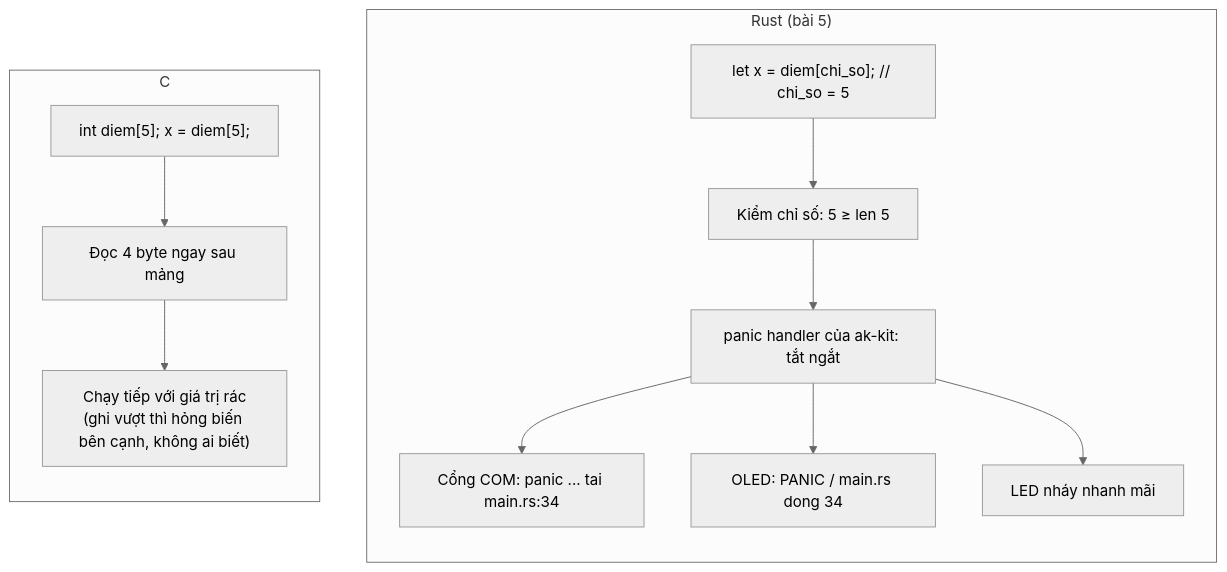
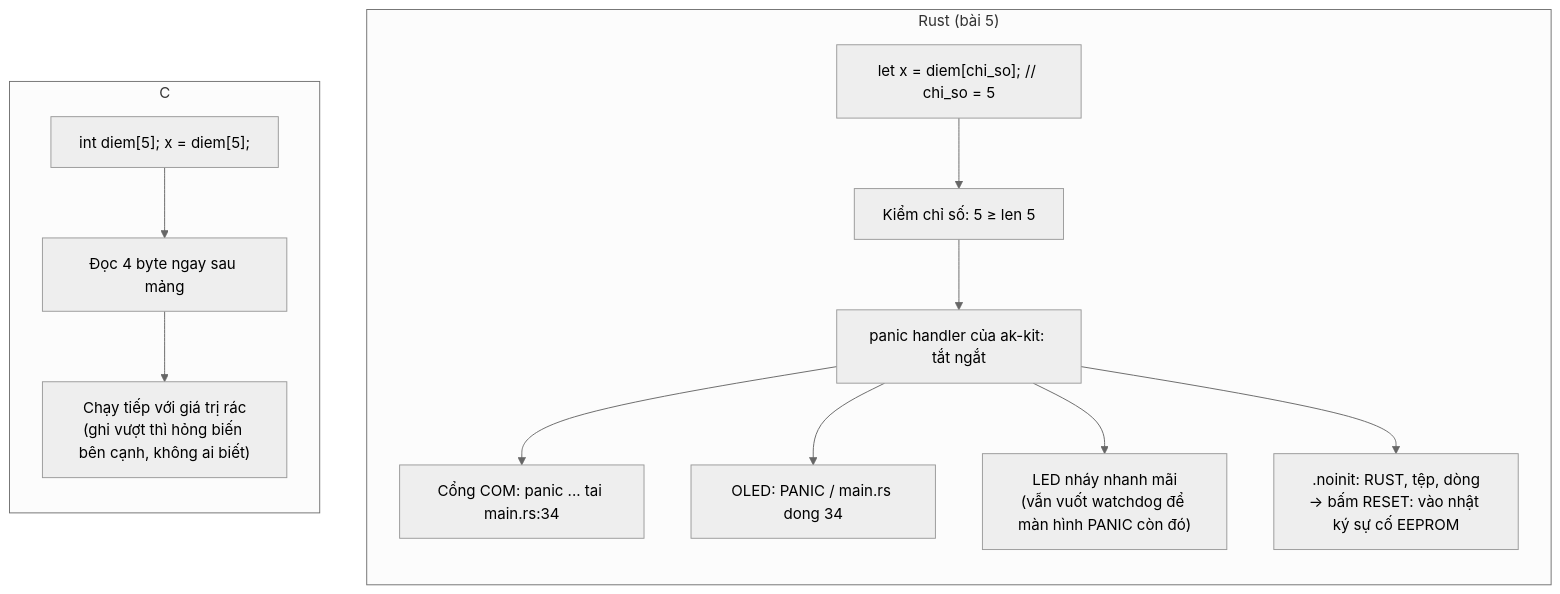
Before and after one commit to hohoanganh/ak-mcu-rust: the ninth of 10 diagrams in docs/so-do.md, drawn with Mermaid (neutral theme). The commit also changed other lines of this file and 16 other files, not shown here.

First line of the commit message:
ak-kit: watchdog 8 s và nhật ký sự cố cùng định dạng app C

````diff
--- a/docs/so-do.md
+++ b/docs/so-do.md
@@ -221,17 +227,18 @@
 ```mermaid
 flowchart LR
     subgraph C["C"]
         direction TB
         C1["int diem[5]; x = diem[5];"] --> C2["Đọc 4 byte ngay sau mảng"]
         C2 --> C3["Chạy tiếp với giá trị rác<br/>(ghi vượt thì hỏng biến bên cạnh, không ai biết)"]
     end
     subgraph R["Rust (bài 5)"]
         direction TB
         R1["let x = diem[chi_so]; // chi_so = 5"] --> R2["Kiểm chỉ số: 5 ≥ len 5"]
         R2 --> R3["panic handler của ak-kit: tắt ngắt"]
         R3 --> R4["Cổng COM: panic ... tai main.rs:34"]
         R3 --> R5["OLED: PANIC / main.rs dong 34"]
-        R3 --> R6["LED nháy nhanh mãi"]
+        R3 --> R6["LED nháy nhanh mãi<br/>(vẫn vuốt watchdog để màn hình PANIC còn đó)"]
+        R3 --> R7[".noinit: RUST, tệp, dòng<br/>→ bấm RESET: vào nhật ký sự cố EEPROM"]
     end
     C ~~~ R
 ```
````
